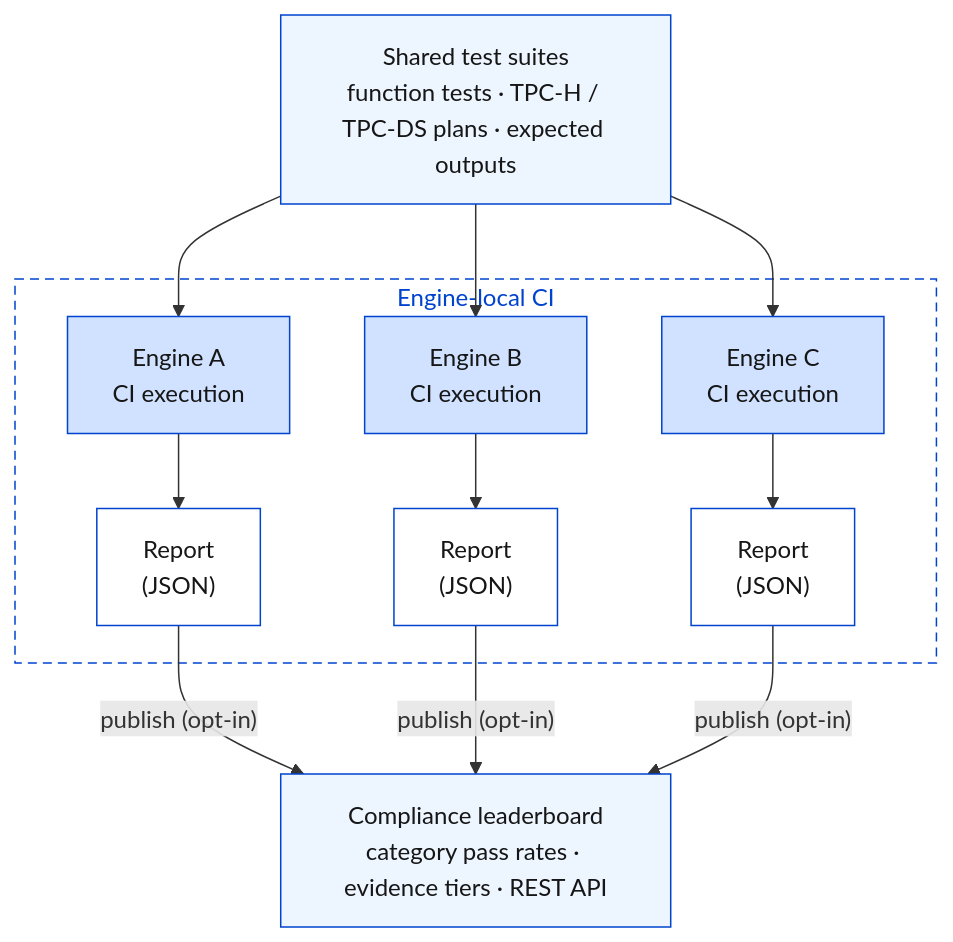
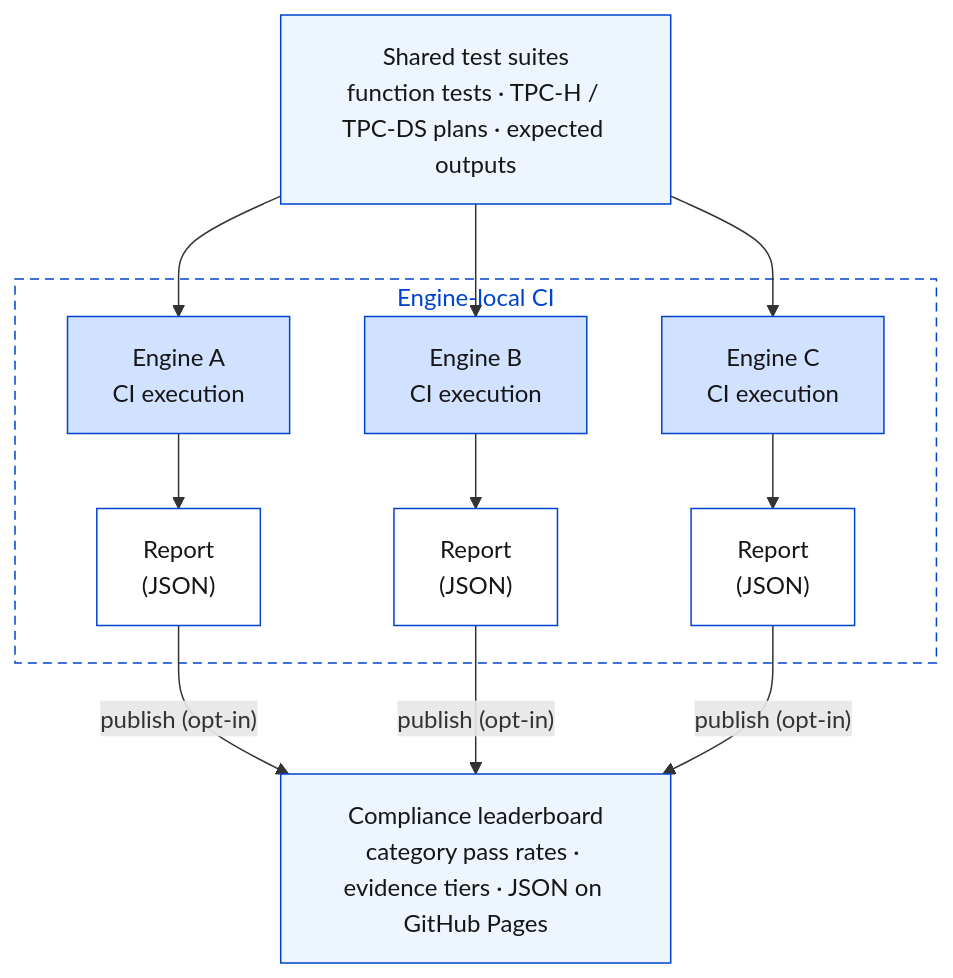
Before and after one commit to IBM/substrait-compliance: the first of 2 diagrams in docs/INTRODUCTION.md, drawn with Mermaid. The commit also changed other lines of this file and 76 other files, not shown here.

First line of the commit message:
chore: remove the pre-release REST API (#48) (#85)

````diff
--- a/docs/INTRODUCTION.md
+++ b/docs/INTRODUCTION.md
@@ -29,35 +29,35 @@
 ```mermaid
 flowchart TD
     STS["Shared test suites<br/>function tests · TPC-H / TPC-DS plans · expected outputs"]
 
     subgraph LOCAL["Engine-local CI"]
         EA["Engine A<br/>CI execution"]
         EB["Engine B<br/>CI execution"]
         EC["Engine C<br/>CI execution"]
         RA["Report<br/>(JSON)"]
         RB["Report<br/>(JSON)"]
         RC["Report<br/>(JSON)"]
         EA --> RA
         EB --> RB
         EC --> RC
     end
 
-    LB["Compliance leaderboard<br/>category pass rates · evidence tiers · REST API"]
+    LB["Compliance leaderboard<br/>category pass rates · evidence tiers · JSON on GitHub Pages"]
 
     STS --> EA
     STS --> EB
     STS --> EC
     RA -->|"publish (opt-in)"| LB
     RB -->|"publish (opt-in)"| LB
     RC -->|"publish (opt-in)"| LB
 
     style STS fill:#edf5ff,stroke:#0043ce,color:#161616
     style LOCAL fill:#ffffff,stroke:#0043ce,stroke-dasharray:6 4,color:#0043ce
     style EA fill:#d0e2ff,stroke:#0043ce,color:#161616
     style EB fill:#d0e2ff,stroke:#0043ce,color:#161616
     style EC fill:#d0e2ff,stroke:#0043ce,color:#161616
     style RA fill:#ffffff,stroke:#0043ce,color:#161616
     style RB fill:#ffffff,stroke:#0043ce,color:#161616
     style RC fill:#ffffff,stroke:#0043ce,color:#161616
     style LB fill:#edf5ff,stroke:#0043ce,color:#161616
 ```
````
